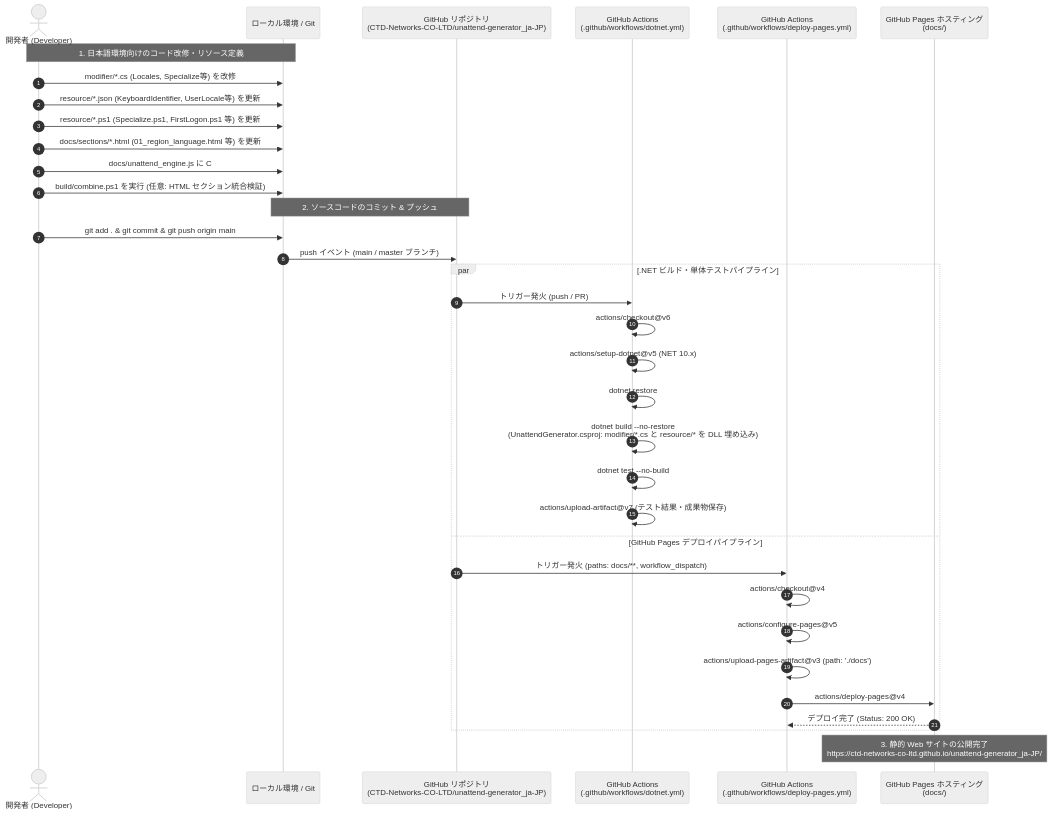
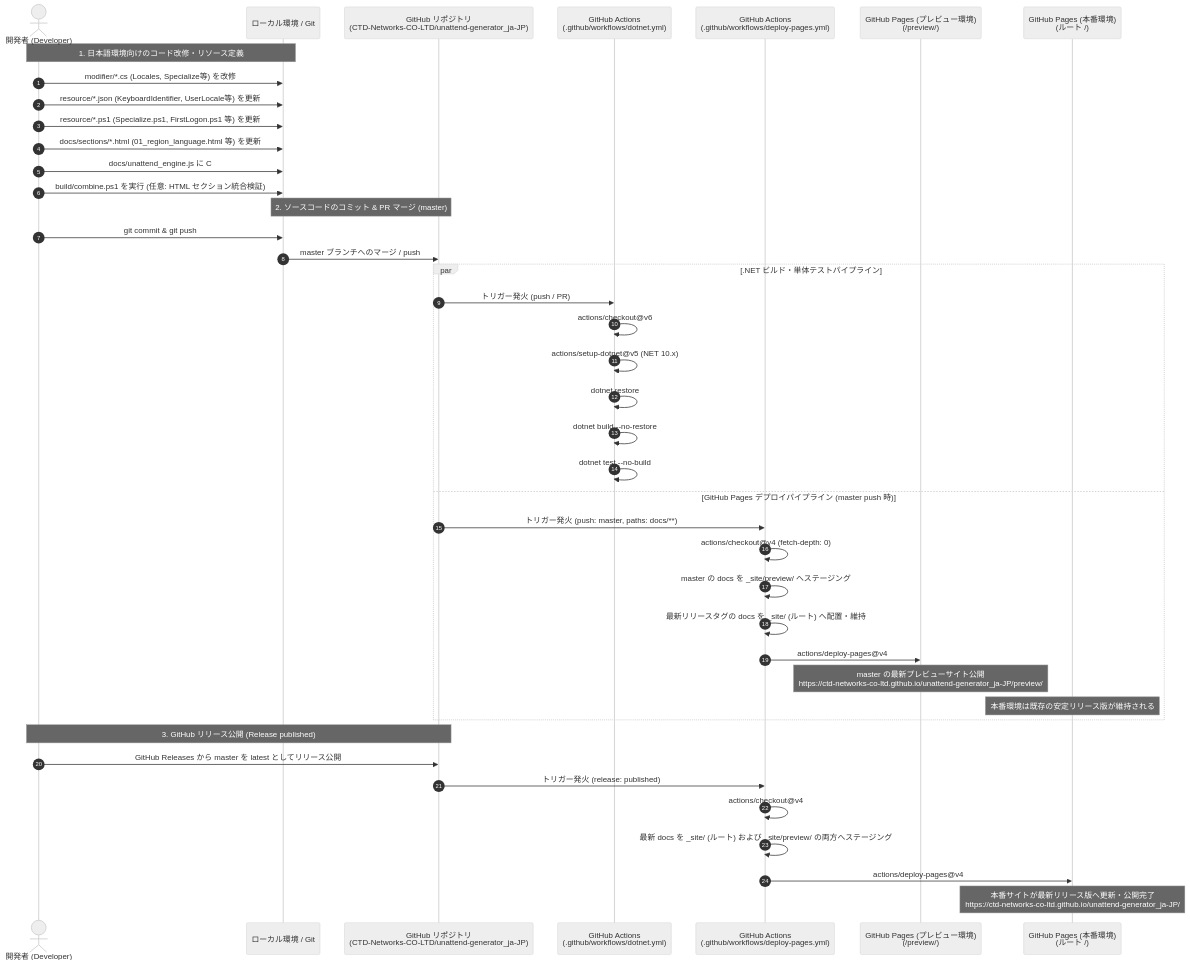
One commit to CTD-Networks-CO-LTD/unattend-generator_ja-JP changed the first of 2 diagrams in `unattend-generator_ja-JP`アーキテクチャ＆シーケンス説明.md. Above: the diagram before and after it, drawn with Mermaid (neutral theme). The commit also changed other lines of this file and 2 other files, not shown here.

Commit message:
ci: deploy preview to docs/preview on master push and release to docs on publish

````diff
--- a/`unattend-generator_ja-JP`アーキテクチャ＆シーケンス説明.md
+++ b/`unattend-generator_ja-JP`アーキテクチャ＆シーケンス説明.md
@@ -46,41 +48,48 @@
 ```mermaid
 sequenceDiagram
     autonumber
     actor Dev as 開発者 (Developer)
     participant Local as ローカル環境 / Git
     participant Repo as GitHub リポジトリ<br/>(CTD-Networks-CO-LTD/unattend-generator_ja-JP)
     participant GHA_Net as GitHub Actions<br/>(.github/workflows/dotnet.yml)
     participant GHA_Pages as GitHub Actions<br/>(.github/workflows/deploy-pages.yml)
-    participant Pages as GitHub Pages ホスティング<br/>(docs/)
+    participant Pages_Preview as GitHub Pages (プレビュー環境)<br/>(/preview/)
+    participant Pages_Prod as GitHub Pages (本番環境)<br/>(ルート /)
 
     Note over Dev, Local: 1. 日本語環境向けのコード改修・リソース定義
     Dev->>Local: modifier/*.cs (Locales, Specialize等) を改修
     Dev->>Local: resource/*.json (KeyboardIdentifier, UserLocale等) を更新
     Dev->>Local: resource/*.ps1 (Specialize.ps1, FirstLogon.ps1 等) を更新
     Dev->>Local: docs/sections/*.html (01_region_language.html 等) を更新
     Dev->>Local: docs/unattend_engine.js に C# ロジック・日本語設定を反映
     Dev->>Local: build/combine.ps1 を実行 (任意: HTML セクション統合検証)
 
-    Note over Local, Repo: 2. ソースコードのコミット & プッシュ
-    Dev->>Local: git add . & git commit & git push origin main
-    Local->>Repo: push イベント (main / master ブランチ)
+    Note over Local, Repo: 2. ソースコードのコミット & PR マージ (master)
+    Dev->>Local: git commit & git push
+    Local->>Repo: master ブランチへのマージ / push
 
     par .NET ビルド・単体テストパイプライン
         Repo->>GHA_Net: トリガー発火 (push / PR)
         GHA_Net->>GHA_Net: actions/checkout@v6
         GHA_Net->>GHA_Net: actions/setup-dotnet@v5 (NET 10.x)
         GHA_Net->>GHA_Net: dotnet restore
-        GHA_Net->>GHA_Net: dotnet build --no-restore<br/>(UnattendGenerator.csproj: modifier/*.cs と resource/* を DLL 埋め込み)
+        GHA_Net->>GHA_Net: dotnet build --no-restore
         GHA_Net->>GHA_Net: dotnet test --no-build
-        GHA_Net->>GHA_Net: actions/upload-artifact@v7 (テスト結果・成果物保存)
-    and GitHub Pages デプロイパイプライン
-        Repo->>GHA_Pages: トリガー発火 (paths: docs/**, workflow_dispatch)
-        GHA_Pages->>GHA_Pages: actions/checkout@v4
-        GHA_Pages->>GHA_Pages: actions/configure-pages@v5
-        GHA_Pages->>GHA_Pages: actions/upload-pages-artifact@v3 (path: './docs')
-        GHA_Pages->>Pages: actions/deploy-pages@v4
-        Pages-->>GHA_Pages: デプロイ完了 (Status: 200 OK)
+    and GitHub Pages デプロイパイプライン (master push 時)
+        Repo->>GHA_Pages: トリガー発火 (push: master, paths: docs/**)
+        GHA_Pages->>GHA_Pages: actions/checkout@v4 (fetch-depth: 0)
+        GHA_Pages->>GHA_Pages: master の docs を _site/preview/ へステージング
+        GHA_Pages->>GHA_Pages: 最新リリースタグの docs を _site/ (ルート) へ配置・維持
+        GHA_Pages->>Pages_Preview: actions/deploy-pages@v4
+        Note over Pages_Preview: master の最新プレビューサイト公開<br/>https://ctd-networks-co-ltd.github.io/unattend-generator_ja-JP/preview/
+        Note over Pages_Prod: 本番環境は既存の安定リリース版が維持される
     end
 
-    Note over Pages: 3. 静的 Web サイトの公開完了<br/>https://ctd-networks-co-ltd.github.io/unattend-generator_ja-JP/
+    Note over Dev, Repo: 3. GitHub リリース公開 (Release published)
+    Dev->>Repo: GitHub Releases から master を latest としてリリース公開
+    Repo->>GHA_Pages: トリガー発火 (release: published)
+    GHA_Pages->>GHA_Pages: actions/checkout@v4
+    GHA_Pages->>GHA_Pages: 最新 docs を _site/ (ルート) および _site/preview/ の両方へステージング
+    GHA_Pages->>Pages_Prod: actions/deploy-pages@v4
+    Note over Pages_Prod: 本番サイトが最新リリース版へ更新・公開完了<br/>https://ctd-networks-co-ltd.github.io/unattend-generator_ja-JP/
 ```
````
